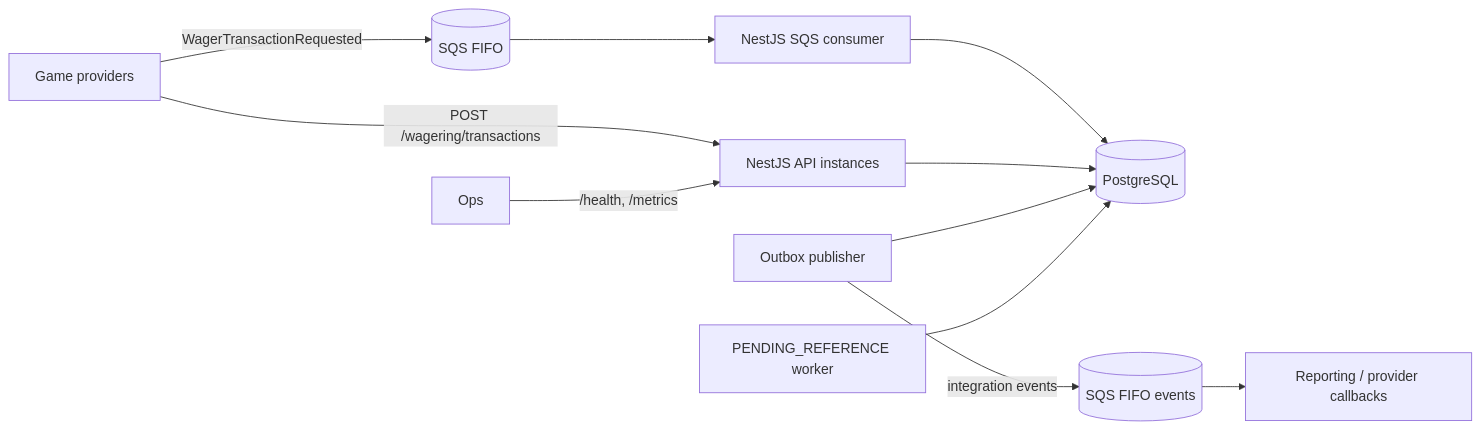
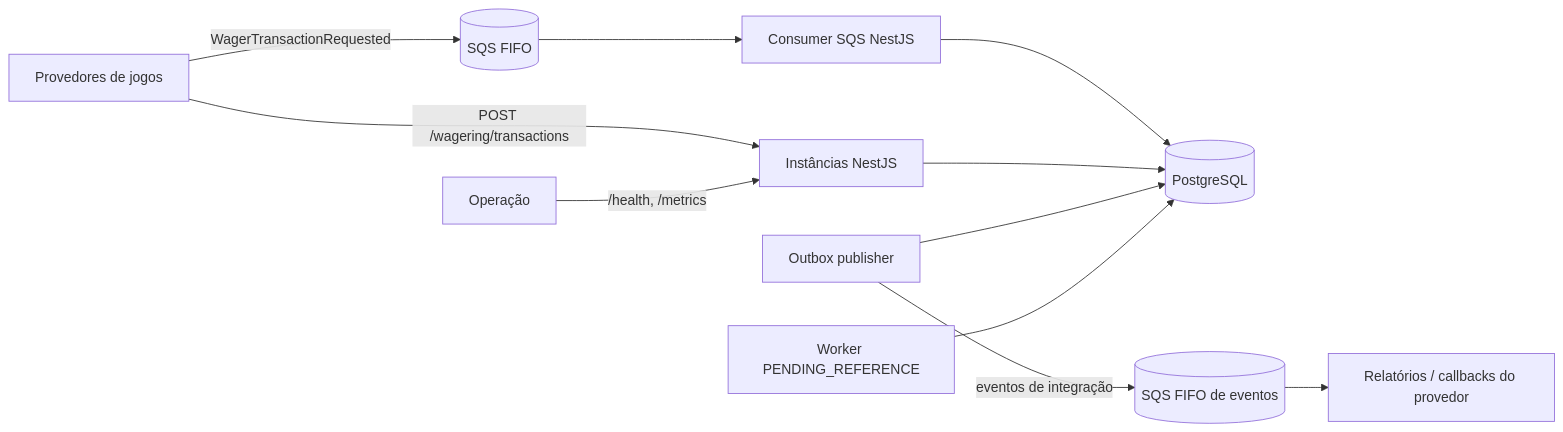
One commit to rafaeldimas/junglegaming-backend-challenge changed the first of 8 diagrams in ARCHITECTURE.md. Above: the diagram before and after it, drawn with Mermaid. The commit also changed other lines of this file and 1 other file, not shown here.

First line of the commit message:
docs: traduzir README e ARCHITECTURE para português

````diff
--- a/ARCHITECTURE.md
+++ b/ARCHITECTURE.md
@@ -25,13 +26,13 @@
 ```mermaid
 graph LR
-    Provider[Game providers] -->|POST /wagering/transactions| API[NestJS API instances]
+    Provider[Provedores de jogos] -->|POST /wagering/transactions| API[Instâncias NestJS]
     Provider -->|WagerTransactionRequested| Queue[(SQS FIFO)]
-    Queue --> Consumer[NestJS SQS consumer]
+    Queue --> Consumer[Consumer SQS NestJS]
     Consumer --> DB[(PostgreSQL)]
     API --> DB
     Publisher[Outbox publisher] --> DB
-    Publisher -->|integration events| Events[(SQS FIFO events)]
-    Events --> Downstream[Reporting / provider callbacks]
-    Worker[PENDING_REFERENCE worker] --> DB
-    Operator[Ops] -->|/health, /metrics| API
+    Publisher -->|eventos de integração| Events[(SQS FIFO de eventos)]
+    Events --> Downstream[Relatórios / callbacks do provedor]
+    Worker[Worker PENDING_REFERENCE] --> DB
+    Operator[Operação] -->|/health, /metrics| API
 ```
````
